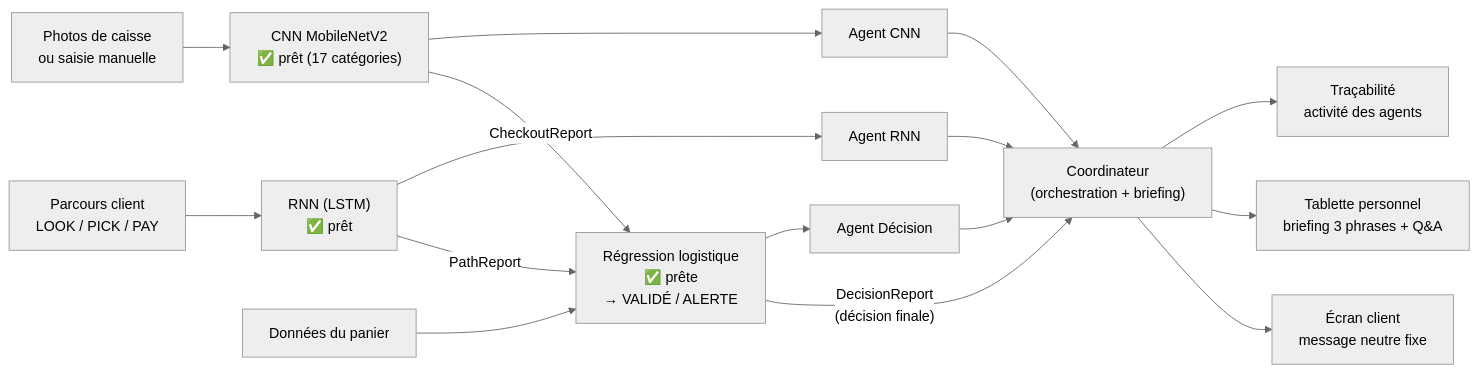
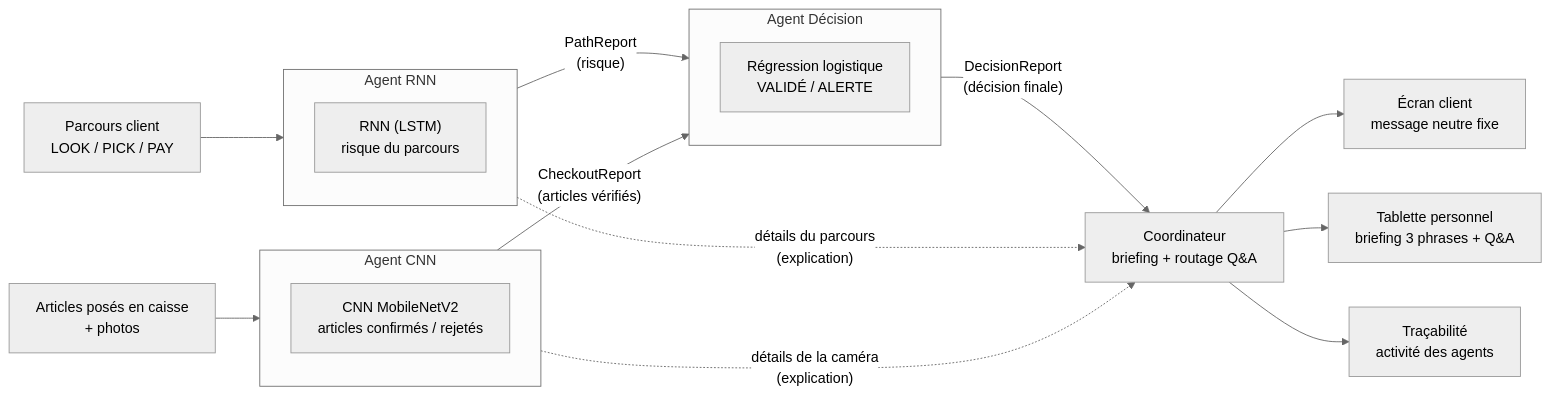
The diagram in README.md (abdelhak0999/TrustCart), drawn with Mermaid (neutral theme) before and after one commit. The commit also changed other lines of this file, not shown here.

First line of the commit message:
Rewrite README with setup guide, demo walkthrough and corrected architecture diagram

````diff
--- a/README.md
+++ b/README.md
@@ -12,21 +141,25 @@
 ```mermaid
 flowchart LR
-    Events["Parcours client\nLOOK / PICK / PAY"] --> RNN["RNN (LSTM)\n✅ prêt"]
-    Photo["Photos de caisse\nou saisie manuelle"] --> CNN["CNN MobileNetV2\n✅ prêt (17 catégories)"]
-    Cart["Données du panier"] --> DEC
+    Events["Parcours client<br/>LOOK / PICK / PAY"] --> RA
+    Photos["Articles posés en caisse<br/>+ photos"] --> CA
 
-    RNN -->|"PathReport"| DEC["Régression logistique\n✅ prête\n→ VALIDÉ / ALERTE"]
-    CNN -->|"CheckoutReport"| DEC
-    DEC -->|"DecisionReport\n(décision finale)"| COORD["Coordinateur\n(orchestration + briefing)"]
+    subgraph RA["Agent RNN"]
+        RNN["RNN (LSTM)<br/>risque du parcours"]
+    end
+    subgraph CA["Agent CNN"]
+        CNN["CNN MobileNetV2<br/>articles confirmés / rejetés"]
+    end
+    subgraph DA["Agent Décision"]
+        LR["Régression logistique<br/>VALIDÉ / ALERTE"]
+    end
 
-    RNN --> RAGENT["Agent RNN"]
-    CNN --> CAGENT["Agent CNN"]
-    DEC --> DAGENT["Agent Décision"]
-    RAGENT --> COORD
-    CAGENT --> COORD
-    DAGENT --> COORD
+    RA -->|"PathReport<br/>(risque)"| DA
+    CA -->|"CheckoutReport<br/>(articles vérifiés)"| DA
+    DA -->|"DecisionReport<br/>(décision finale)"| COORD["Coordinateur<br/>briefing + routage Q&A"]
+    RA -.->|"détails du parcours<br/>(explication)"| COORD
+    CA -.->|"détails de la caméra<br/>(explication)"| COORD
 
-    COORD --> Customer["Écran client\nmessage neutre fixe"]
-    COORD --> Staff["Tablette personnel\nbriefing 3 phrases + Q&A"]
-    COORD --> Trace["Traçabilité\nactivité des agents"]
+    COORD --> Customer["Écran client<br/>message neutre fixe"]
+    COORD --> Staff["Tablette personnel<br/>briefing 3 phrases + Q&A"]
+    COORD --> Trace["Traçabilité<br/>activité des agents"]
 ```
````
